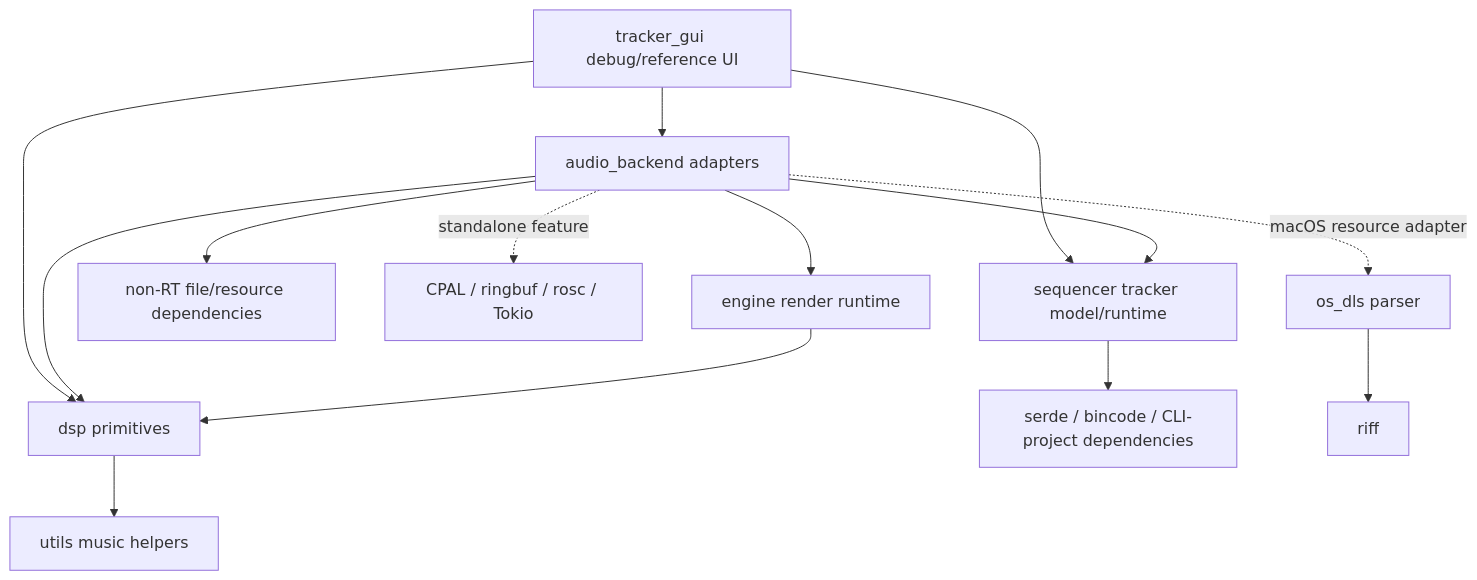
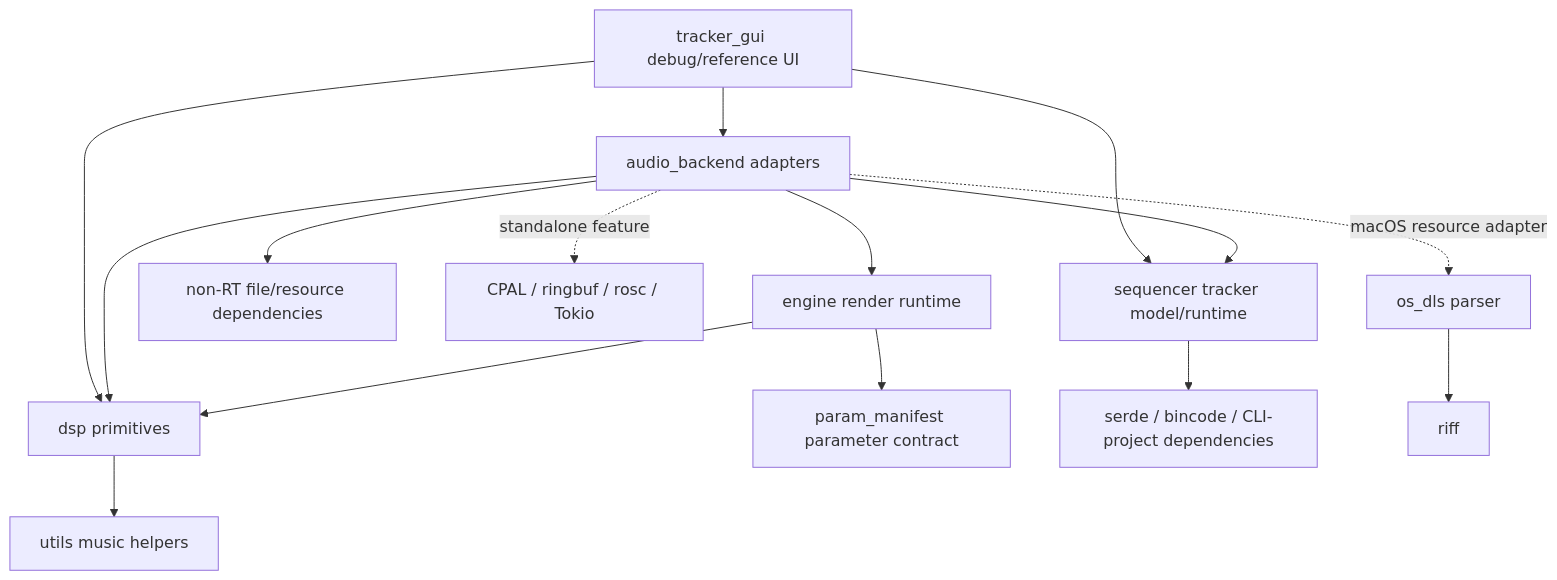
One commit to jpalvarezl/blight-synth changed the diagram in docs/architecture/crate-dependency-graph.md. Above: the diagram before and after it, drawn with Mermaid. The commit also changed other lines of this file and 12 other files, not shown here.

````diff
--- a/docs/architecture/crate-dependency-graph.md
+++ b/docs/architecture/crate-dependency-graph.md
@@ -11,18 +11,19 @@
 ```mermaid
 flowchart TD
     GUI[tracker_gui debug/reference UI] --> AB[audio_backend adapters]
     GUI --> SEQ[sequencer tracker model/runtime]
     GUI --> DSP[dsp primitives]
 
     AB --> ENG[engine render runtime]
     AB --> SEQ
     AB --> DSP
     AB --> IO[non-RT file/resource dependencies]
     AB -. standalone feature .-> HOST[CPAL / ringbuf / rosc / Tokio]
 
     ENG --> DSP
+    ENG --> PARAM[param_manifest parameter contract]
     DSP --> UTILS[utils music helpers]
     SEQ --> MODEL[serde / bincode / CLI-project dependencies]
     OSDLS[os_dls parser] --> RIFF[riff]
     AB -. macOS resource adapter .-> OSDLS
 ```
````
